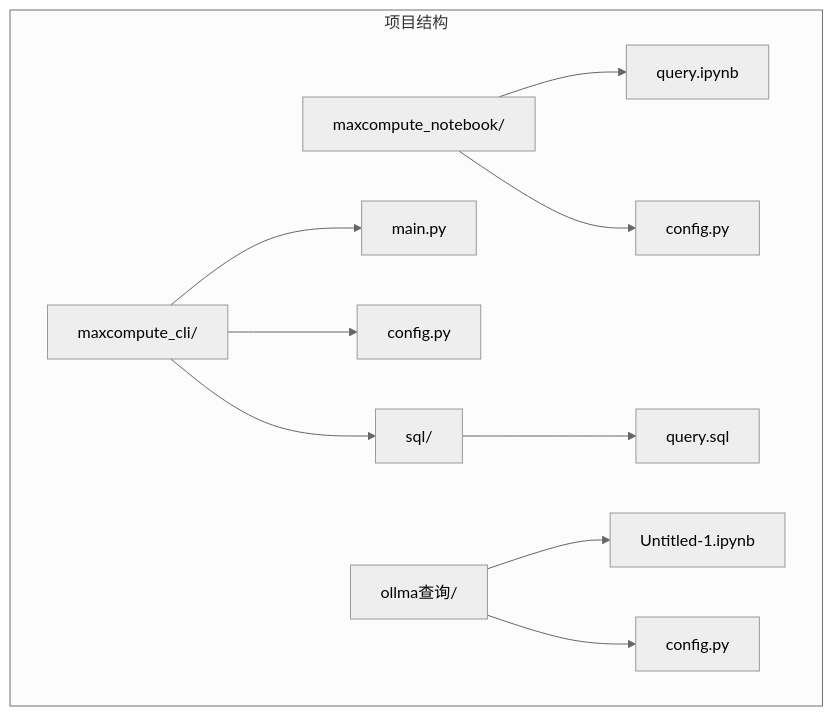
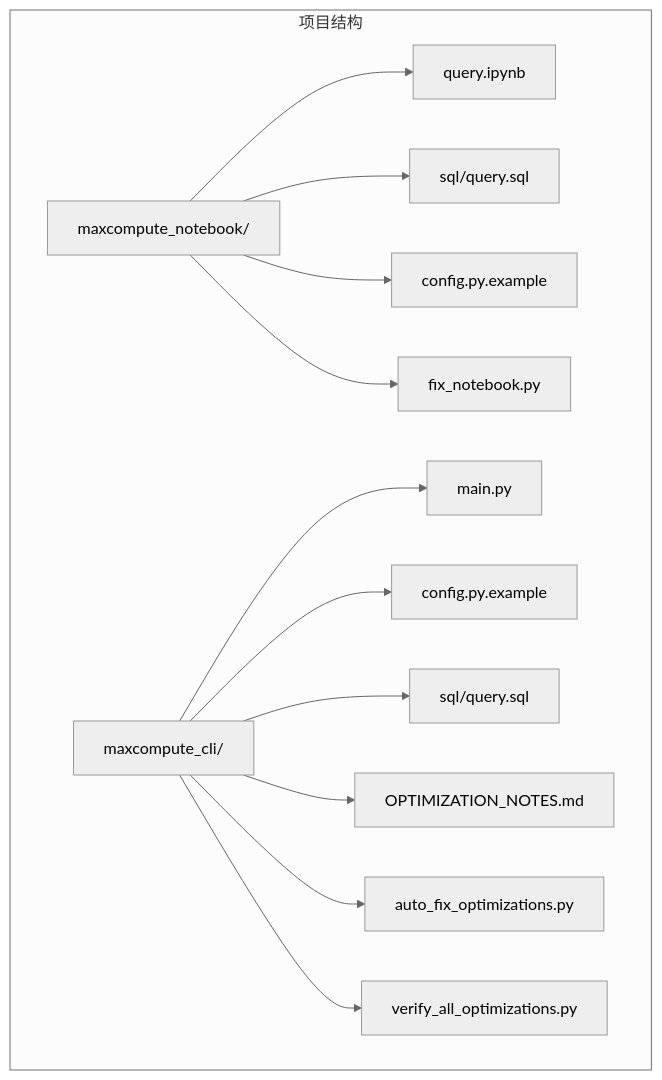
Before and after one commit to sd99886/test: the first of 10 diagrams in .qoder/repowiki/zh/content/Notebook使用指南.md, drawn with Mermaid (neutral theme). The commit also changed other lines of this file and 195 other files, not shown here.

````diff
--- a/.qoder/repowiki/zh/content/Notebook使用指南.md
+++ b/.qoder/repowiki/zh/content/Notebook使用指南.md
@@ -40,13 +53,15 @@
 ```mermaid
 graph TB
 subgraph "项目结构"
 A[maxcompute_notebook/] --> A1[query.ipynb]
-A --> A2[config.py]
+A --> A2[sql/query.sql]
+A --> A3[config.py.example]
+A --> A4[fix_notebook.py]
 B[maxcompute_cli/] --> B1[main.py]
-B --> B2[config.py]
-B --> B3[sql/]
-B3 --> B4[query.sql]
-C[ollma查询/] --> C1[Untitled-1.ipynb]
-C --> C2[config.py]
+B --> B2[config.py.example]
+B --> B3[sql/query.sql]
+B --> B4[OPTIMIZATION_NOTES.md]
+B --> B5[auto_fix_optimizations.py]
+B --> B6[verify_all_optimizations.py]
 end
 ```
````
